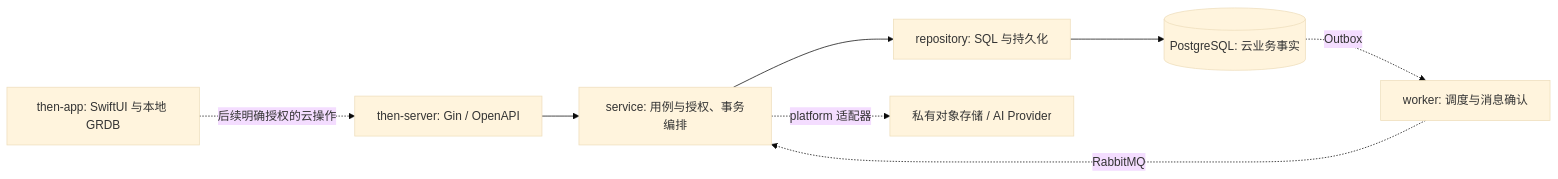
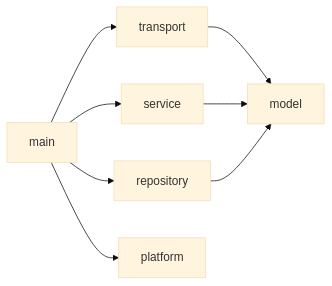
One commit to StephenQiu30/then-server changed the first of 2 diagrams in docs/design/02-后端架构.md. Above: the diagram before and after it, drawn with Mermaid (base theme). The commit also changed other lines of this file and 59 other files, not shown here.

````diff
--- a/docs/design/02-后端架构.md
+++ b/docs/design/02-后端架构.md
@@ -118,10 +91,10 @@
 ```mermaid
 flowchart LR
-    App[then-app: SwiftUI 与本地 GRDB] -. 后续明确授权的云操作 .-> HTTP[then-server: Gin / OpenAPI]
-    HTTP --> UseCase[service: 用例与授权、事务编排]
-    UseCase --> Repo[repository: SQL 与持久化]
-    Repo --> PG[(PostgreSQL: 云业务事实)]
-    PG -. Outbox .-> Worker[worker: 调度与消息确认]
-    Worker -. RabbitMQ .-> UseCase
-    UseCase -. platform 适配器 .-> External[私有对象存储 / AI Provider]
+    Main[main] --> Transport[transport]
+    Main --> Service[service]
+    Main --> Repository[repository]
+    Main --> Platform[platform]
+    Transport --> Model[model]
+    Service --> Model
+    Repository --> Model
 ```
````
